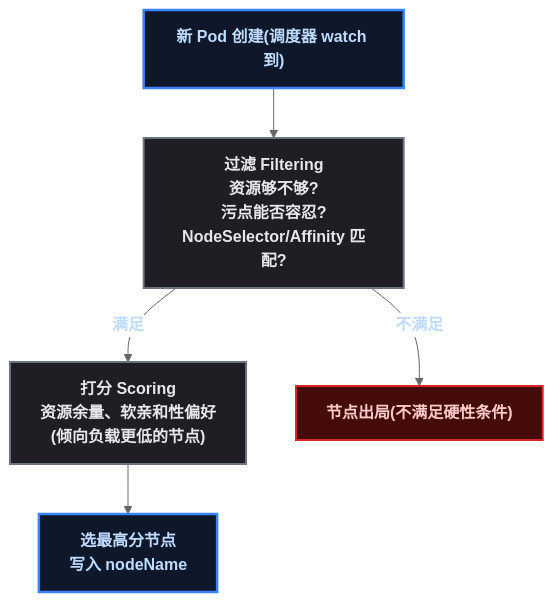
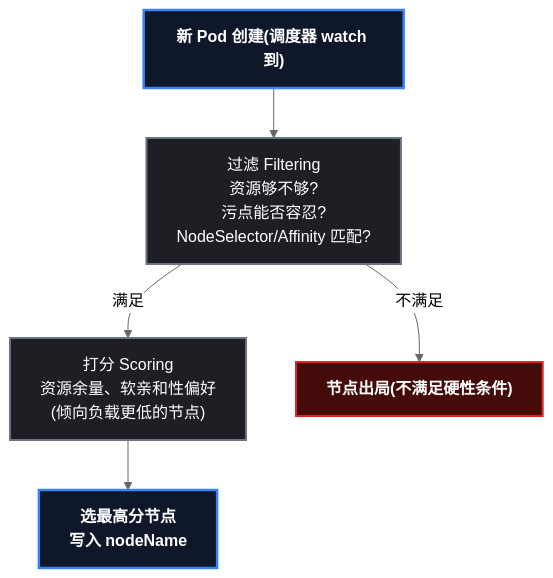
One commit to yaocat55/yaocat55.github.io changed the fourth of 4 diagrams in content/posts/kubernetes/K8sDeploymentHandsOn.md. Above: the diagram before and after it, drawn with Mermaid (neutral theme). The commit also changed other lines of this file and 27 other files, not shown here.

Commit message:
docs: 全系列 93 张 Mermaid 图 classDef 改为 style 强制深底白字(修复部分渲染器白底浅字)+历史文件格式清理

````diff
--- a/content/posts/kubernetes/K8sDeploymentHandsOn.md
+++ b/content/posts/kubernetes/K8sDeploymentHandsOn.md
@@ -329,23 +331,20 @@
 ```mermaid
 %% 调度决策: 过滤(硬性条件) + 打分(优先级)
 flowchart TD
-    classDef root fill:#0f172a,stroke:#3b82f6,stroke-width:2.5px,color:#bfdbfe,font-weight:bold;
-    classDef process fill:#1e1e24,stroke:#6b7280,stroke-width:2px,color:#e5e7eb;
-    classDef data fill:#052e16,stroke:#16a34a,stroke-width:2px,color:#bbf7d0,font-weight:bold;
-    classDef reject fill:#450a0a,stroke:#dc2626,stroke-width:2px,color:#fecaca,font-weight:bold;
 
     P["新 Pod 创建(调度器 watch 到)"]
     F["过滤 Filtering\n资源够不够?\n污点能否容忍?\nNodeSelector/Affinity 匹配?"]
     S["打分 Scoring\n资源余量、软亲和性偏好\n(倾向负载更低的节点)"]
     R["选最高分节点\n写入 nodeName"]
     X["节点出局(不满足硬性条件)"]
 
     P --> F
     F -->|"满足"| S
     F -->|"不满足"| X
     S --> R
-
-    class P,R root;
-    class F,S process;
-    class X reject;
+    style P fill:#0f172a,stroke:#3b82f6,stroke-width:2.5px,color:#ffffff,font-weight:bold
+    style R fill:#0f172a,stroke:#3b82f6,stroke-width:2.5px,color:#ffffff,font-weight:bold
+    style F fill:#1e1e24,stroke:#6b7280,stroke-width:2px,color:#ffffff
+    style S fill:#1e1e24,stroke:#6b7280,stroke-width:2px,color:#ffffff
+    style X fill:#450a0a,stroke:#dc2626,stroke-width:2px,color:#ffffff,font-weight:bold
 ```
````
